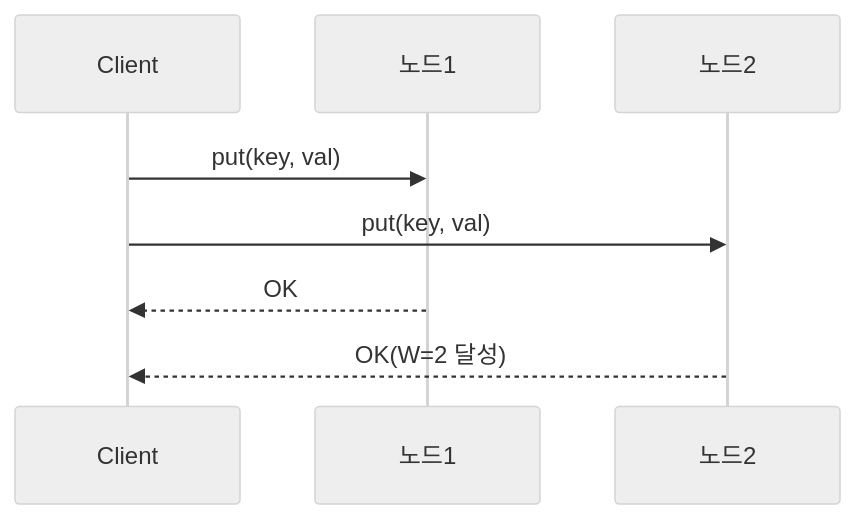
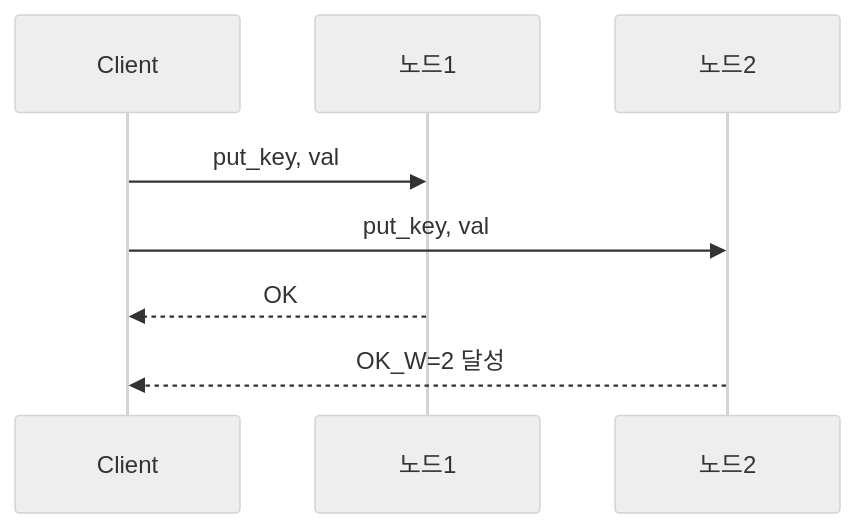
One commit to yjkim2015/yjkim2015.github.io changed the second of 8 diagrams in _posts/systemdesign/2026-05-03-system-design-kv-store.md. Above: the diagram before and after it, drawn with Mermaid (neutral theme). The commit also changed 85 other files, not shown here.

First line of the commit message:
sequenceDiagram 문법 에러 2차 수정 169개 (86파일)

````diff
--- a/_posts/systemdesign/2026-05-03-system-design-kv-store.md
+++ b/_posts/systemdesign/2026-05-03-system-design-kv-store.md
@@ -228,10 +228,10 @@
 ```mermaid
 sequenceDiagram
     participant C as Client
     participant N1 as 노드1
     participant N2 as 노드2
-    C->>N1: put(key, val)
-    C->>N2: put(key, val)
+    C->>N1: put_key, val
+    C->>N2: put_key, val
     N1-->>C: OK
-    N2-->>C: OK(W=2 달성)
+    N2-->>C: OK_W=2 달성
 ```
````
